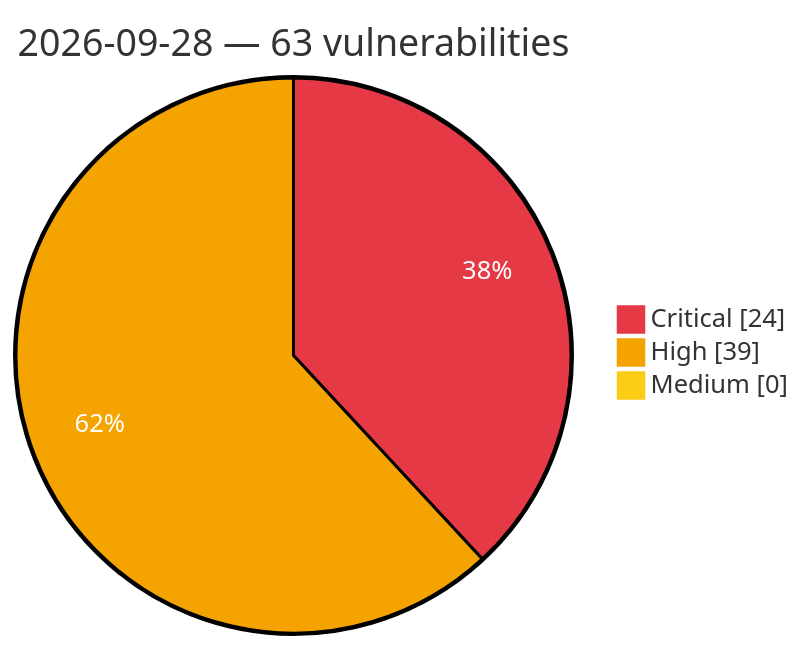
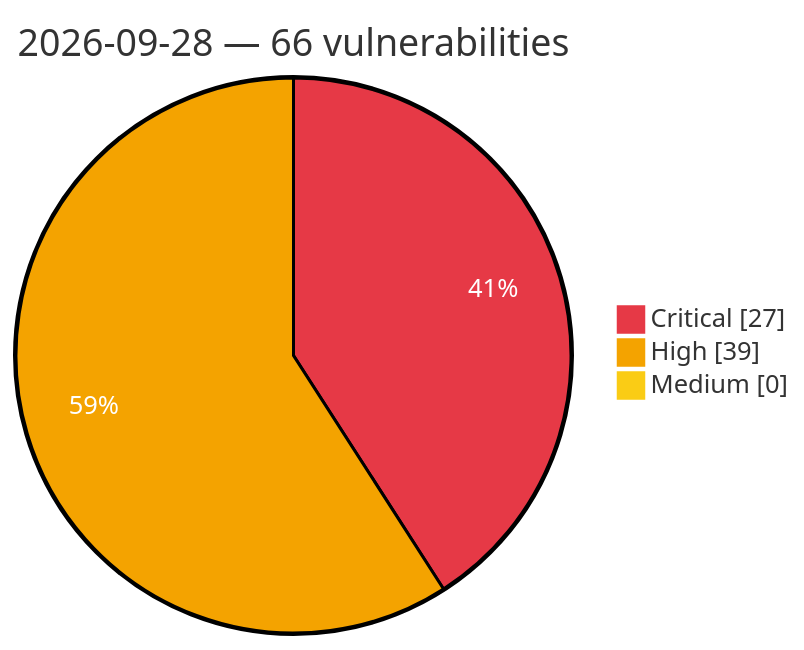
Before and after one commit to GhostX0X/vuln-tracker: the diagram in vulnerabilities/2026/September/2026-09-28.md, drawn with Mermaid. The commit also changed other lines of this file and 8 other files, not shown here.

````diff
--- a/vulnerabilities/2026/September/2026-09-28.md
+++ b/vulnerabilities/2026/September/2026-09-28.md
@@ -3,8 +3,8 @@
 ```mermaid
 %%{init: {'theme':'base', 'themeVariables': {'pie1':'#e63946', 'pie2':'#f4a300', 'pie3':'#facc15', 'pieOpacity':'1', 'pieOuterStrokeWidth':'2px', 'pieSectionTextColor':'#ffffff'}}}%%
 pie showData
-    title 2026-09-28 — 63 vulnerabilities
-    "Critical" : 24
+    title 2026-09-28 — 66 vulnerabilities
+    "Critical" : 27
     "High" : 39
     "Medium" : 0
 ```
````
